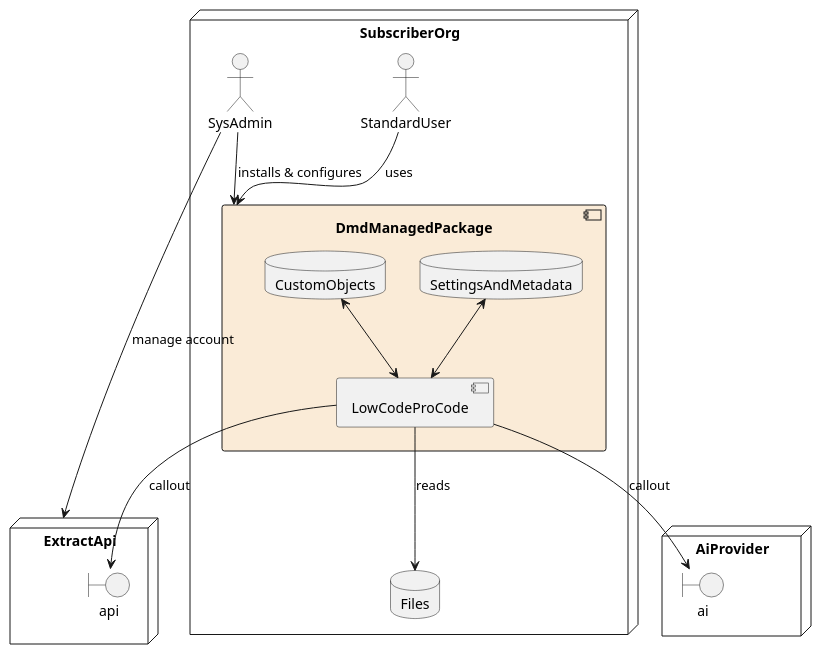
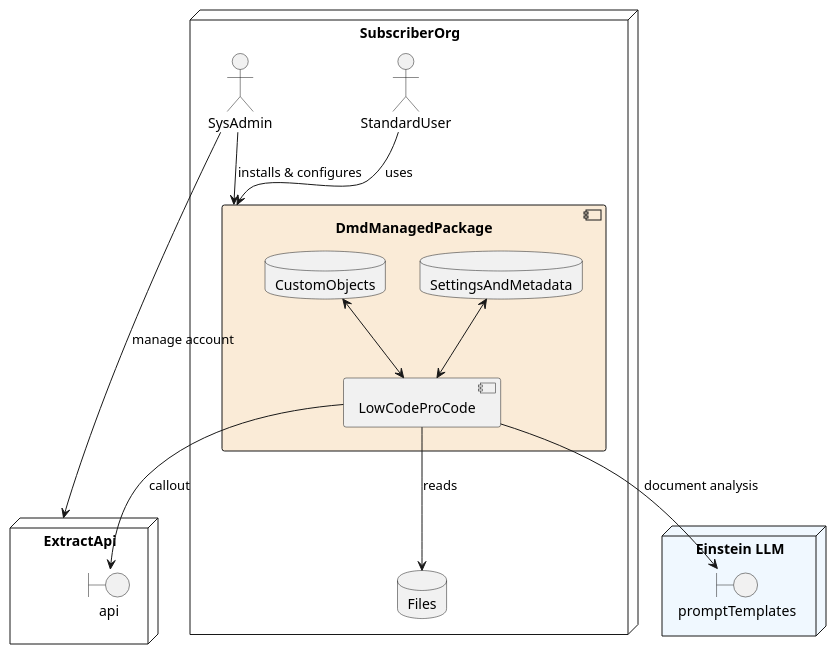
One commit to aquivalabs/document-mess-detector changed the first of 8 diagrams in solution-design.md. Above: the diagram before and after it, drawn with PlantUML. The commit also changed other lines of this file and 3 other files, not shown here.

````diff
--- a/solution-design.md
+++ b/solution-design.md
@@ -42,36 +42,36 @@
 ```plantuml
     @startuml
 
     node SubscriberOrg {
         actor SysAdmin
         actor StandardUser
 
         component DmdManagedPackage #AntiqueWhite {
             database SettingsAndMetadata
             database CustomObjects
             component LowCodeProCode
         }
 
         database Files
     }
     
     node ExtractApi {
         boundary api
     }
 
-    node AiProvider {
-        boundary ai
+    node "Einstein LLM" #AliceBlue {
+        boundary promptTemplates
     }
 
     SysAdmin --> ExtractApi : manage account
     SysAdmin --> DmdManagedPackage : installs & configures
     
     StandardUser --> DmdManagedPackage : uses
 
     LowCodeProCode -->  Files : reads
     LowCodeProCode --> api : callout
-    LowCodeProCode --> ai : callout
+    LowCodeProCode --> promptTemplates : document analysis
     LowCodeProCode <-up-> CustomObjects
     LowCodeProCode <-up-> SettingsAndMetadata
     @enduml
 ```
````
